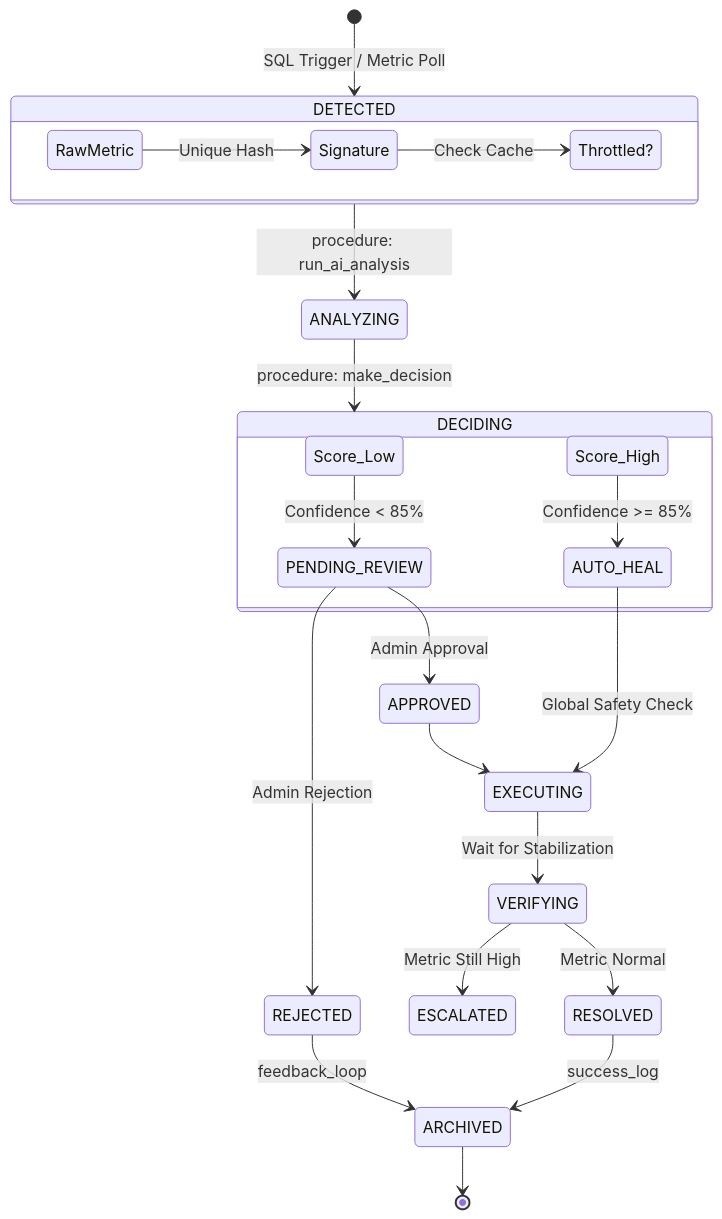
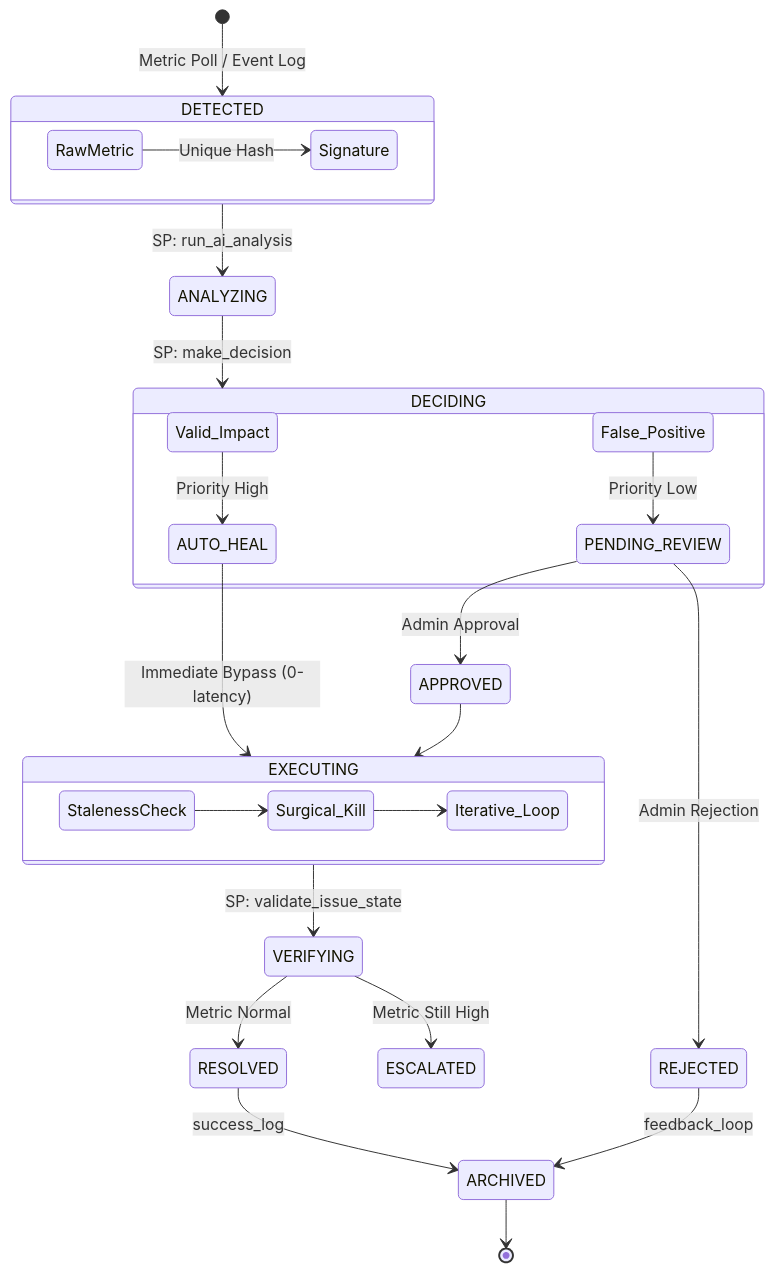
The first of 2 diagrams in docs/Healing_Engine_Design.md (TSR0705/DBMS_PROJECT_SELF-HEALING-DATABASE), drawn with Mermaid before and after one commit. The commit also changed other lines of this file and 20 other files, not shown here.

````diff
--- a/docs/Healing_Engine_Design.md
+++ b/docs/Healing_Engine_Design.md
@@ -15,34 +15,39 @@
 ```mermaid
 stateDiagram-v2
-    [*] --> DETECTED: SQL Trigger / Metric Poll
+    [*] --> DETECTED: Metric Poll / Event Log
     
     state DETECTED {
         direction LR
         RawMetric --> Signature: Unique Hash
-        Signature --> Throttled?: Check Cache
     }
     
-    DETECTED --> ANALYZING: procedure: run_ai_analysis
-    ANALYZING --> DECIDING: procedure: make_decision
+    DETECTED --> ANALYZING: SP: run_ai_analysis
+    ANALYZING --> DECIDING: SP: make_decision
     
     state DECIDING {
         direction LR
-        Score_Low --> PENDING_REVIEW: Confidence < 85%
-        Score_High --> AUTO_HEAL: Confidence >= 85%
+        Valid_Impact --> AUTO_HEAL: Priority High
+        False_Positive --> PENDING_REVIEW: Priority Low
     }
     
     PENDING_REVIEW --> APPROVED: Admin Approval
     PENDING_REVIEW --> REJECTED: Admin Rejection
     
-    AUTO_HEAL --> EXECUTING: Global Safety Check
+    AUTO_HEAL --> EXECUTING: Immediate Bypass (0-latency)
     APPROVED --> EXECUTING
     
-    EXECUTING --> VERIFYING: Wait for Stabilization
+    state EXECUTING {
+        direction LR
+        StalenessCheck --> Surgical_Kill
+        Surgical_Kill --> Iterative_Loop
+    }
+    
+    EXECUTING --> VERIFYING: SP: validate_issue_state
     VERIFYING --> RESOLVED: Metric Normal
     VERIFYING --> ESCALATED: Metric Still High
     
     REJECTED --> ARCHIVED: feedback_loop
     RESOLVED --> ARCHIVED: success_log
     
     ARCHIVED --> [*]
 ```
````
